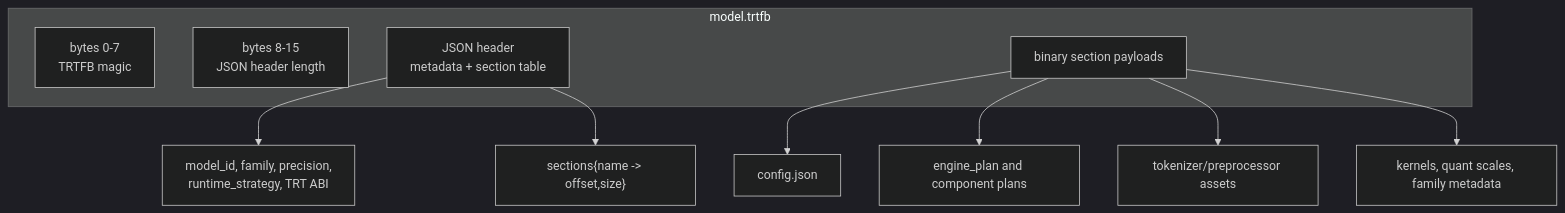
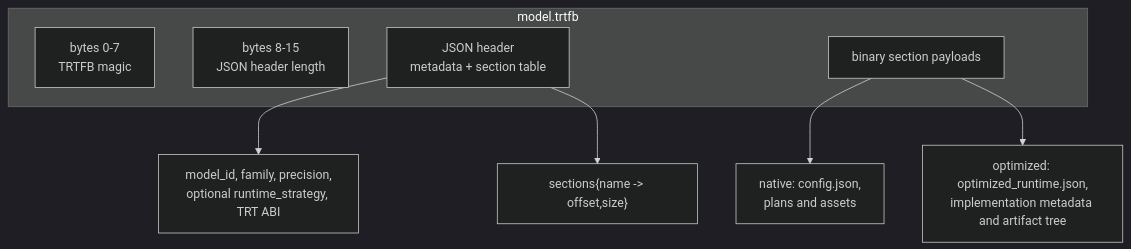
Before and after one commit to AbishekCoder1/TensorRT-Model-Connect: the second of 4 diagrams in website/docs/architecture/bundle-format.md, drawn with Mermaid (dark theme). The commit also changed other lines of this file and 83 other files, not shown here.

````diff
--- a/website/docs/architecture/bundle-format.md
+++ b/website/docs/architecture/bundle-format.md
@@ -17,16 +26,14 @@
 ```mermaid
 flowchart TB
   subgraph File["model.trtfb"]
     Magic["bytes 0-7<br/>TRTFB magic"]
     Len["bytes 8-15<br/>JSON header length"]
     Header["JSON header<br/>metadata + section table"]
     Data["binary section payloads"]
   end
 
-  Header --> Meta["model_id, family, precision,<br/>runtime_strategy, TRT ABI"]
+  Header --> Meta["model_id, family, precision,<br/>optional runtime_strategy, TRT ABI"]
   Header --> Table["sections{name -> offset,size}"]
-  Data --> Config["config.json"]
-  Data --> Plans["engine_plan and component plans"]
-  Data --> Tok["tokenizer/preprocessor assets"]
-  Data --> Extra["kernels, quant scales, family metadata"]
+  Data --> Native["native: config.json,<br/>plans and assets"]
+  Data --> Optimized["optimized: optimized_runtime.json,<br/>implementation metadata and artifact tree"]
 ```
````
